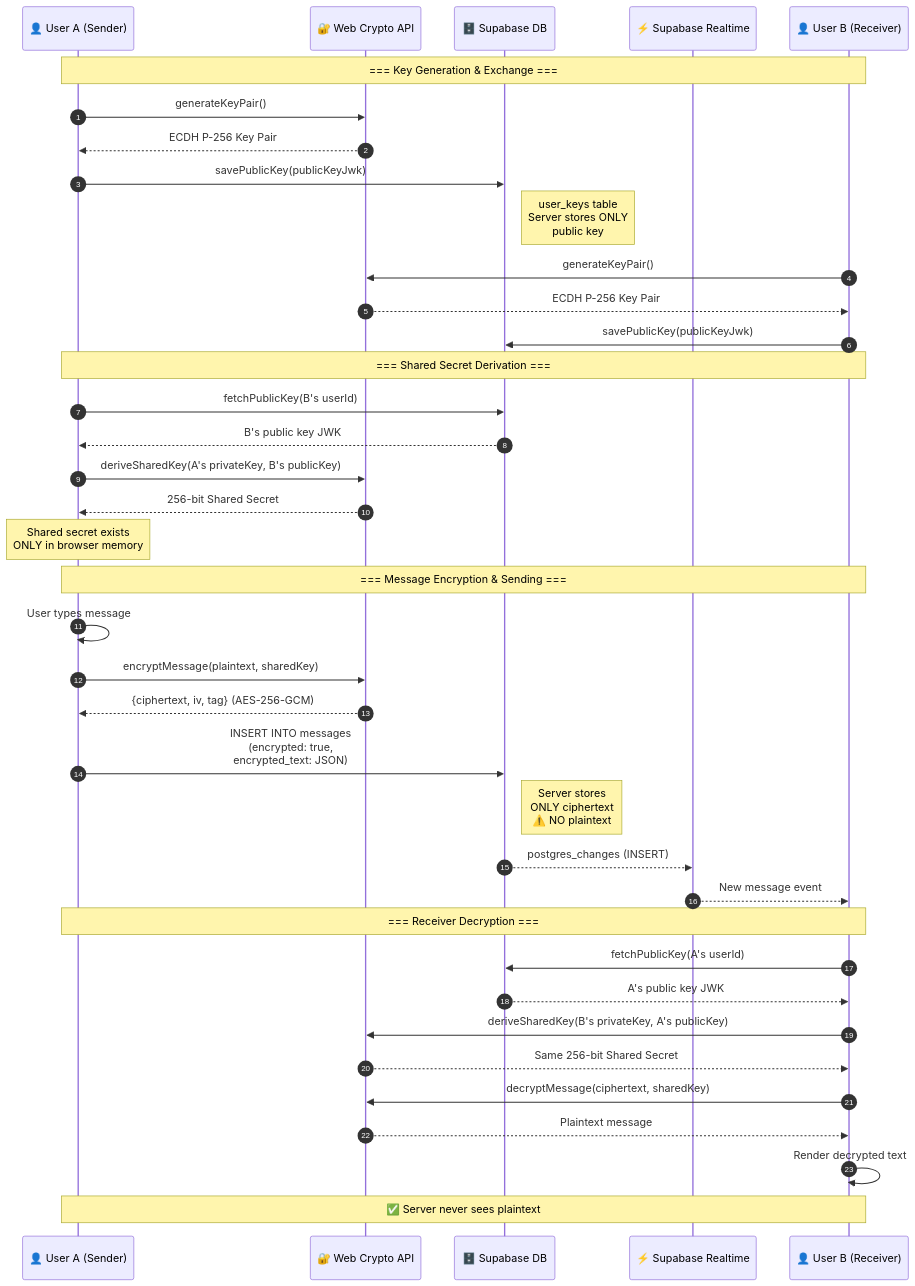
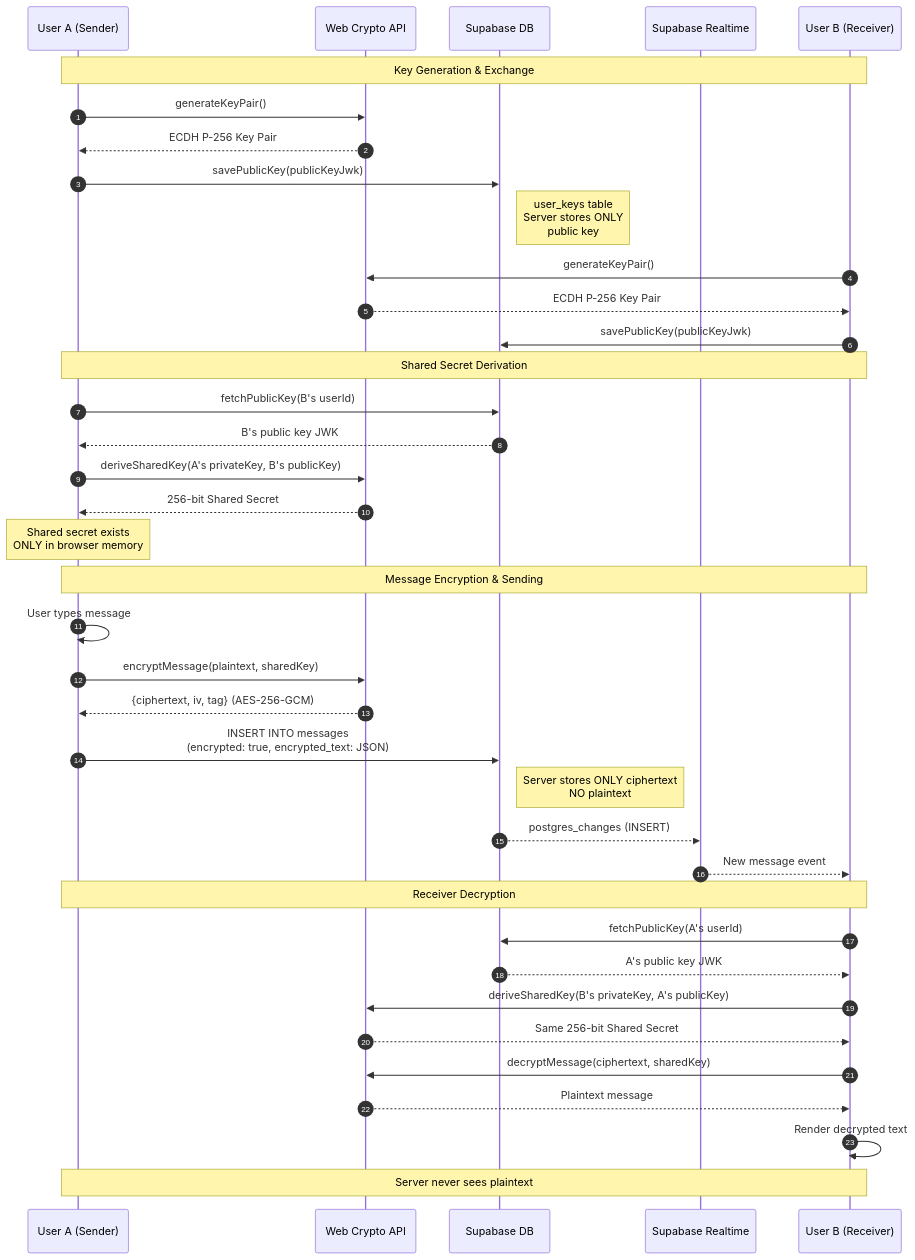
The third of 7 diagrams in README.md (VishnuSreeVidya/NodeTalk), drawn with Mermaid before and after one commit. The commit also changed other lines of this file, not shown here.

````diff
--- a/README.md
+++ b/README.md
@@ -328,51 +382,51 @@
 ```mermaid
 sequenceDiagram
     autonumber
-    participant A as 👤 User A (Sender)
-    participant WC as 🔐 Web Crypto API
-    participant DB as 🗄️ Supabase DB
-    participant RT as ⚡ Supabase Realtime
-    participant B as 👤 User B (Receiver)
+    participant A as User A (Sender)
+    participant WC as Web Crypto API
+    participant DB as Supabase DB
+    participant RT as Supabase Realtime
+    participant B as User B (Receiver)
 
-    Note over A,B: === Key Generation & Exchange ===
+    Note over A,B: Key Generation & Exchange
 
     A->>WC: generateKeyPair()
     WC-->>A: ECDH P-256 Key Pair
     A->>DB: savePublicKey(publicKeyJwk)
     Note right of DB: user_keys table<br/>Server stores ONLY<br/>public key
 
     B->>WC: generateKeyPair()
     WC-->>B: ECDH P-256 Key Pair
     B->>DB: savePublicKey(publicKeyJwk)
 
-    Note over A,B: === Shared Secret Derivation ===
+    Note over A,B: Shared Secret Derivation
 
     A->>DB: fetchPublicKey(B's userId)
     DB-->>A: B's public key JWK
     A->>WC: deriveSharedKey(A's privateKey, B's publicKey)
     WC-->>A: 256-bit Shared Secret
     Note over A: Shared secret exists<br/>ONLY in browser memory
 
-    Note over A,B: === Message Encryption & Sending ===
+    Note over A,B: Message Encryption & Sending
 
     A->>A: User types message
     A->>WC: encryptMessage(plaintext, sharedKey)
     WC-->>A: {ciphertext, iv, tag} (AES-256-GCM)
-    A->>DB: INSERT INTO messages<br/>(encrypted: true,<br/>encrypted_text: JSON)
-    Note right of DB: Server stores<br/>ONLY ciphertext<br/>⚠️ NO plaintext
+    A->>DB: INSERT INTO messages<br/>(encrypted: true, encrypted_text: JSON)
+    Note right of DB: Server stores ONLY ciphertext<br/>NO plaintext
 
     DB-->>RT: postgres_changes (INSERT)
     RT-->>B: New message event
 
-    Note over A,B: === Receiver Decryption ===
+    Note over A,B: Receiver Decryption
 
     B->>DB: fetchPublicKey(A's userId)
     DB-->>B: A's public key JWK
     B->>WC: deriveSharedKey(B's privateKey, A's publicKey)
     WC-->>B: Same 256-bit Shared Secret
     B->>WC: decryptMessage(ciphertext, sharedKey)
     WC-->>B: Plaintext message
     B->>B: Render decrypted text
 
-    Note over A,B: ✅ Server never sees plaintext
+    Note over A,B: Server never sees plaintext
 ```
````
